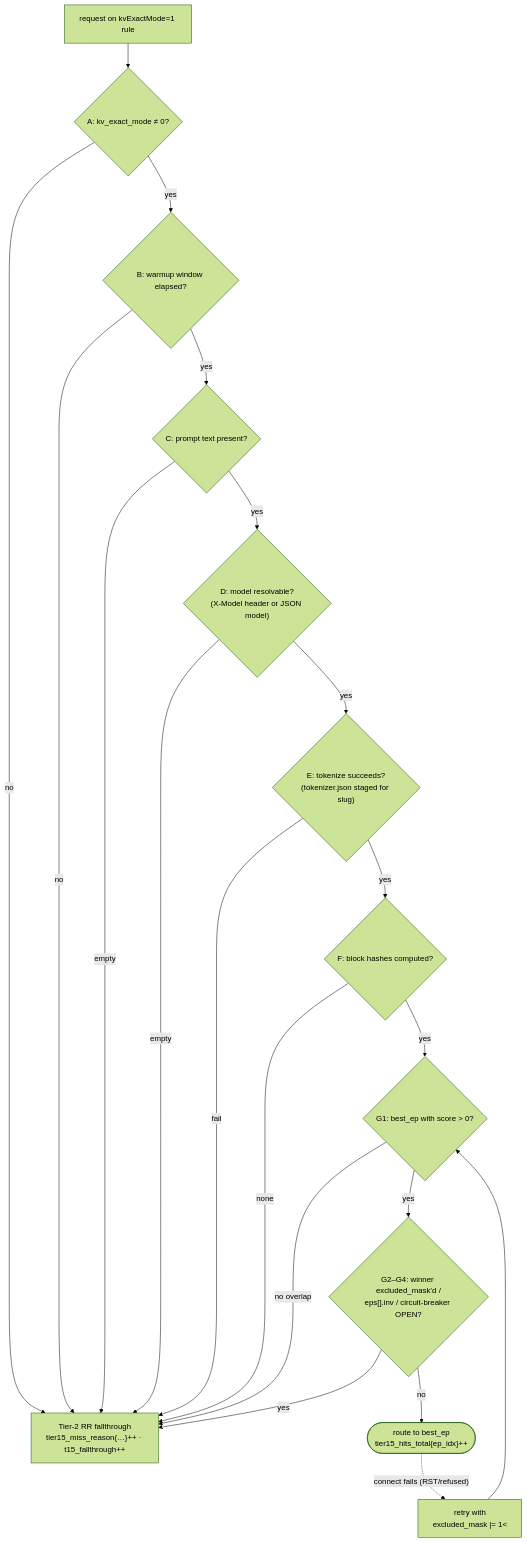
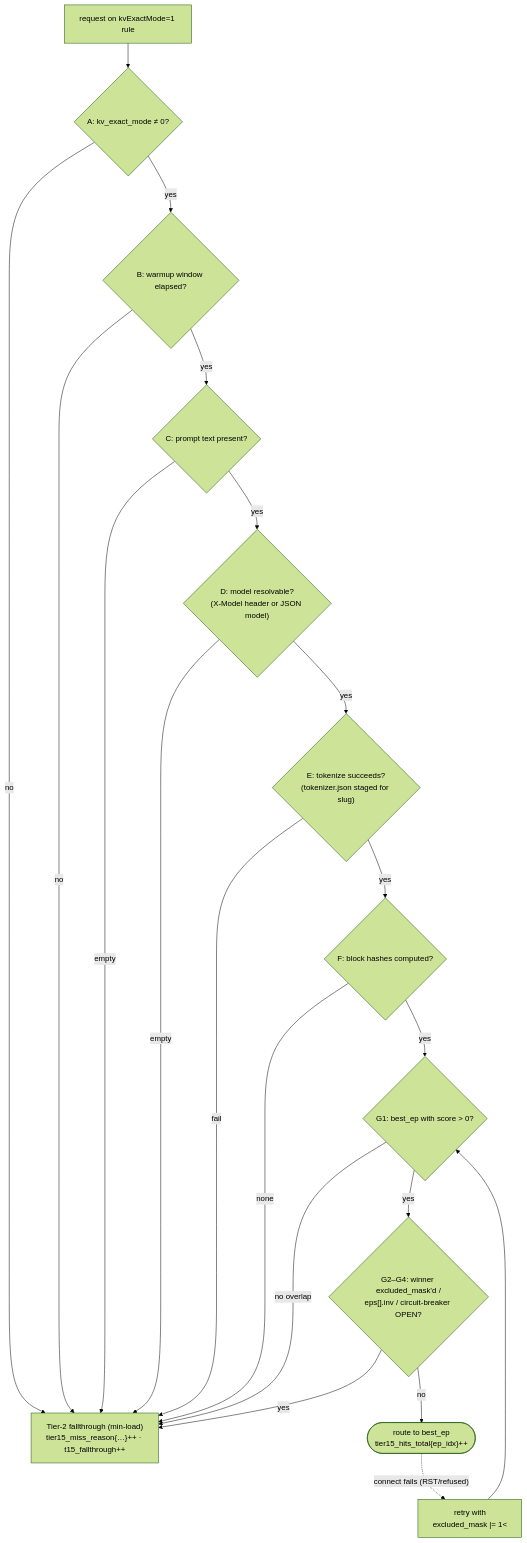
Before and after one commit to loxilb-io/loxilb-inference-gateway: the fourth of 4 diagrams in docs/load-balancing/08-kv-cache-aware-routing.md, drawn with Mermaid (forest theme). The commit also changed other lines of this file and 16 other files, not shown here.

````diff
--- a/docs/load-balancing/08-kv-cache-aware-routing.md
+++ b/docs/load-balancing/08-kv-cache-aware-routing.md
@@ -386,22 +404,22 @@
 ```mermaid
 flowchart TD
     REQ["request on kvExactMode=1 rule"] --> A{"A: kv_exact_mode ≠ 0?"}
-    A -- no --> MISS["Tier-2 RR fallthrough<br/>tier15_miss_reason{…}++ · t15_fallthrough++"]
+    A -- no --> MISS["Tier-2 fallthrough (min-load)<br/>tier15_miss_reason{…}++ · t15_fallthrough++"]
     A -- yes --> B{"B: warmup window elapsed?"}
     B -- no --> MISS
     B -- yes --> C{"C: prompt text present?"}
     C -- empty --> MISS
     C -- yes --> Dg{"D: model resolvable?<br/>(X-Model header or JSON model)"}
     Dg -- empty --> MISS
     Dg -- yes --> E{"E: tokenize succeeds?<br/>(tokenizer.json staged for slug)"}
     E -- fail --> MISS
     E -- yes --> F{"F: block hashes computed?"}
     F -- none --> MISS
     F -- yes --> G1{"G1: best_ep with score > 0?"}
     G1 -- "no overlap" --> MISS
     G1 -- yes --> G234{"G2–G4: winner excluded_mask’d /<br/>eps[].inv / circuit-breaker OPEN?"}
     G234 -- yes --> MISS
     G234 -- no --> HIT(["route to best_ep<br/>tier15_hits_total{ep_idx}++"])
     HIT -. "connect fails (RST/refused)" .-> RETRY["retry with<br/>excluded_mask |= 1<<best_ep"]
     RETRY --> G1
 ```
````
